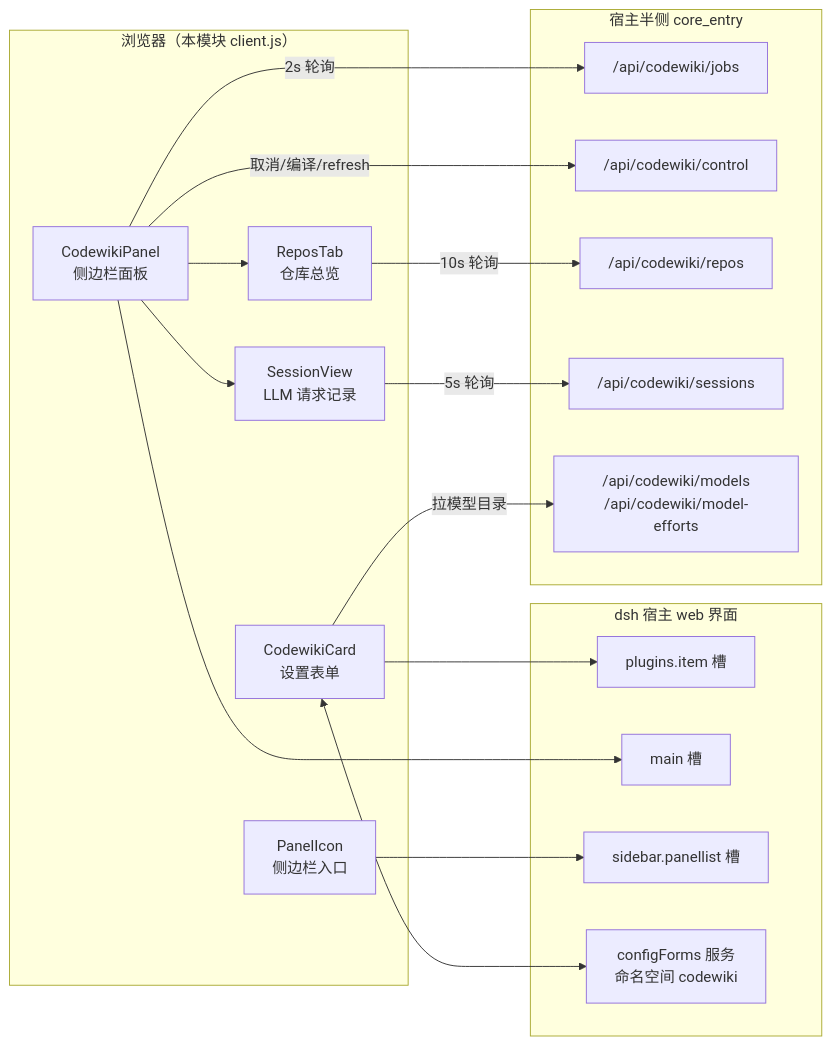
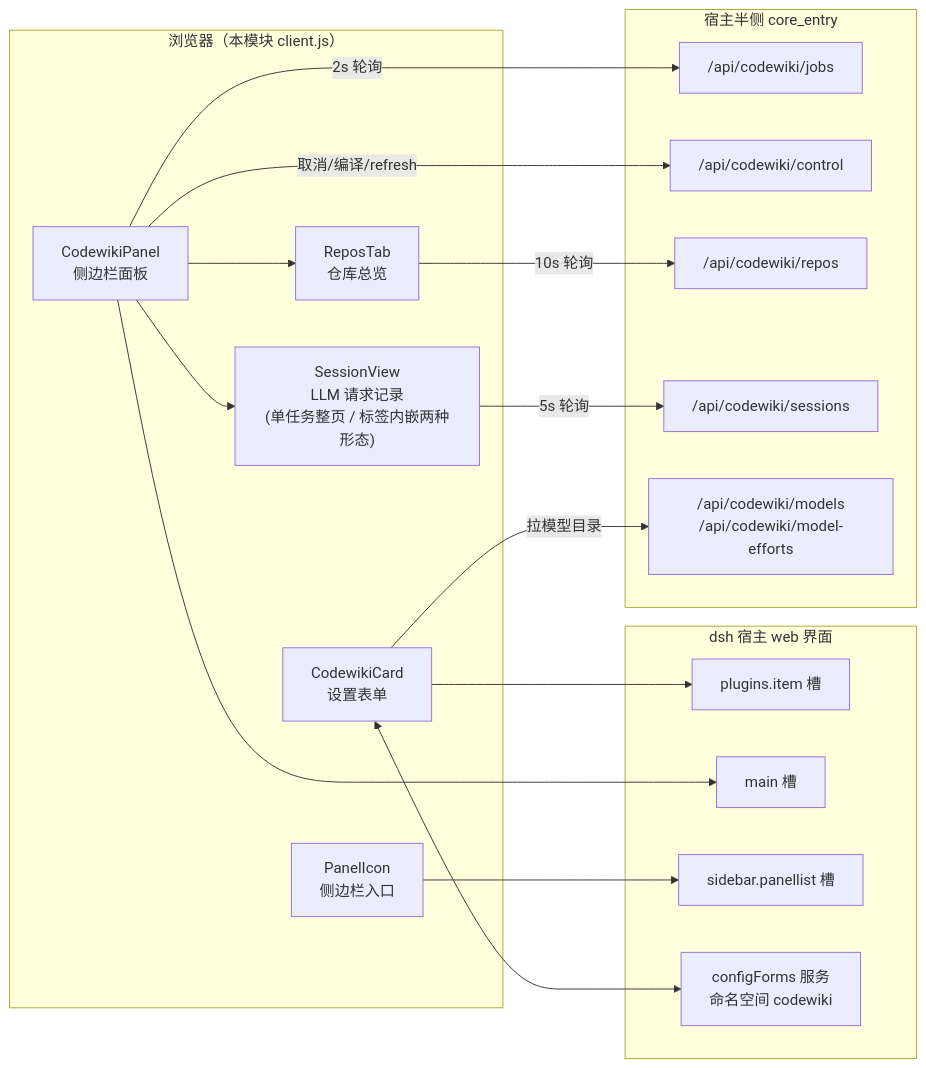
Before and after one commit to ikliml666/dsh-codewiki: the first of 5 diagrams in .codewiki/_native-state/docs/client_ui.md, drawn with Mermaid. The commit also changed other lines of this file and 16 other files, not shown here.

````diff
--- a/.codewiki/_native-state/docs/client_ui.md
+++ b/.codewiki/_native-state/docs/client_ui.md
@@ -12,34 +12,34 @@
 ```mermaid
 flowchart LR
     subgraph 浏览器半侧["浏览器（本模块 client.js）"]
         Card["CodewikiCard<br/>设置表单"]
         Panel["CodewikiPanel<br/>侧边栏面板"]
         Icon["PanelIcon<br/>侧边栏入口"]
         Repos["ReposTab<br/>仓库总览"]
-        Sess["SessionView<br/>LLM 请求记录"]
+        Sess["SessionView<br/>LLM 请求记录<br/>(单任务整页 / 标签内嵌两种形态)"]
     end
     subgraph 宿主["dsh 宿主 web 界面"]
         SlotItem["plugins.item 槽"]
         SlotMain["main 槽"]
         SlotPanel["sidebar.panellist 槽"]
         Forms["configForms 服务<br/>命名空间 codewiki"]
     end
     subgraph 后端["宿主半侧 core_entry"]
         JobsEP["/api/codewiki/jobs"]
         CtrlEP["/api/codewiki/control"]
         ReposEP["/api/codewiki/repos"]
         SessEP["/api/codewiki/sessions"]
         ModelsEP["/api/codewiki/models<br/>/api/codewiki/model-efforts"]
     end
     Card --> SlotItem
     Panel --> SlotMain
     Icon --> SlotPanel
     Card <--> Forms
     Panel --> Repos
     Panel --> Sess
     Panel -- "2s 轮询" --> JobsEP
     Panel -- "取消/编译/refresh" --> CtrlEP
     Repos -- "10s 轮询" --> ReposEP
     Sess -- "5s 轮询" --> SessEP
     Card -- "拉模型目录" --> ModelsEP
 ```
````
